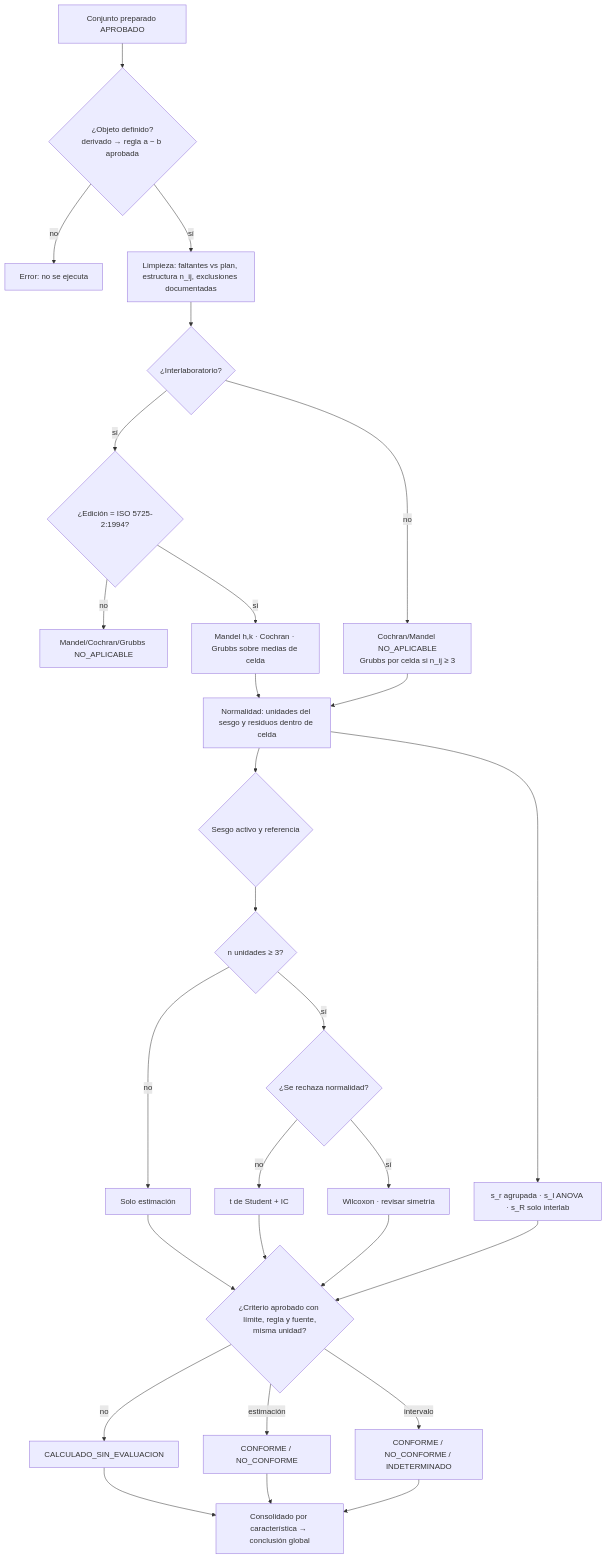
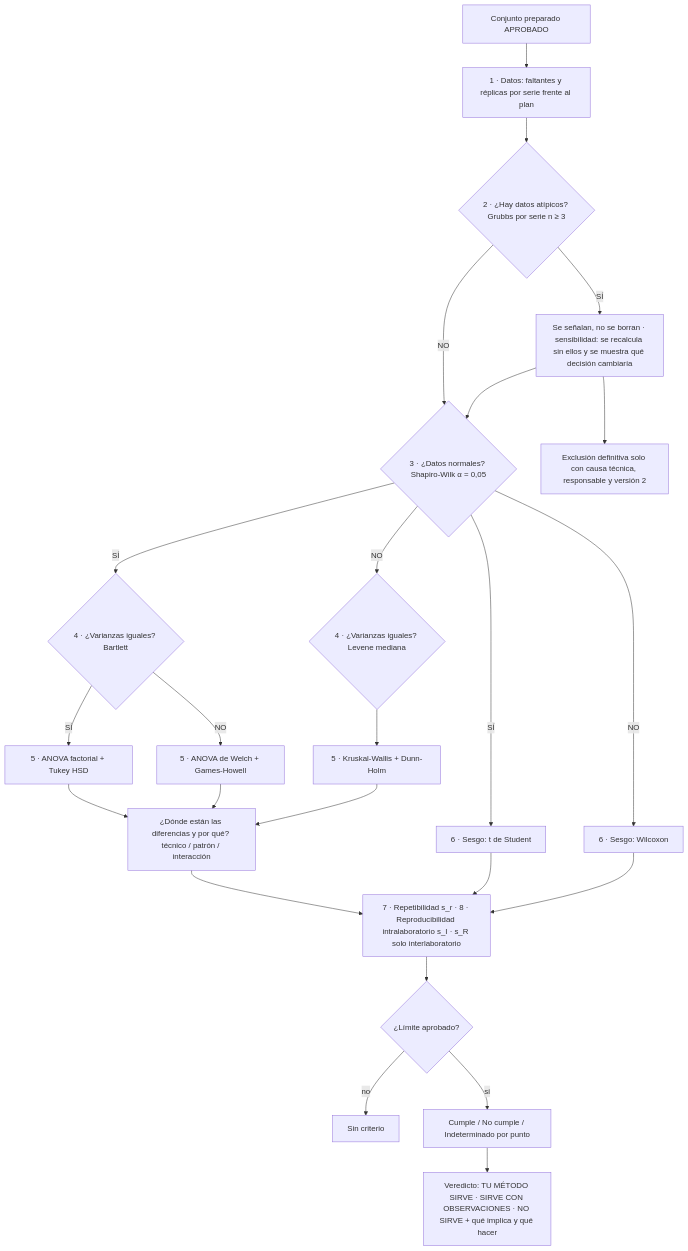
One commit to JDAC-1023/analitica-verificacion-metodos changed the diagram in docs/12_motor_reglas_y_arbol.md. Above: the diagram before and after it, drawn with Mermaid. The commit also changed other lines of this file and 24 other files, not shown here.

First line of the commit message:
Flujo de decisión condicional (atípicos, normalidad, homocedasticidad, ruta de prueba), post hoc, sensibilidad, reproducibilidad intralaboratorio y veredicto

````diff
--- a/docs/12_motor_reglas_y_arbol.md
+++ b/docs/12_motor_reglas_y_arbol.md
@@ -5,25 +5,22 @@
 ```mermaid
 flowchart TD
-  A[Conjunto preparado APROBADO] --> B{¿Objeto definido?<br/>derivado → regla a − b aprobada}
-  B -- no --> X[Error: no se ejecuta]
-  B -- sí --> C[Limpieza: faltantes vs plan, estructura n_ij, exclusiones documentadas]
-  C --> D{¿Interlaboratorio?}
-  D -- sí --> E{¿Edición = ISO 5725-2:1994?}
-  E -- no --> E0[Mandel/Cochran/Grubbs NO_APLICABLE]
-  E -- sí --> F[Mandel h,k · Cochran · Grubbs sobre medias de celda]
-  D -- no --> G[Cochran/Mandel NO_APLICABLE<br/>Grubbs por celda si n_ij ≥ 3]
-  F --> H[Normalidad: unidades del sesgo y residuos dentro de celda]
-  G --> H
-  H --> I{Sesgo activo y referencia}
-  I --> I1{n unidades ≥ 3?}
-  I1 -- no --> I2[Solo estimación]
-  I1 -- sí --> I3{¿Se rechaza normalidad?}
-  I3 -- no --> I4[t de Student + IC]
-  I3 -- sí --> I5[Wilcoxon · revisar simetría]
-  H --> J[s_r agrupada · s_I ANOVA · s_R solo interlab]
-  I2 & I4 & I5 & J --> K{¿Criterio aprobado con límite, regla y fuente,<br/>misma unidad?}
-  K -- no --> K0[CALCULADO_SIN_EVALUACION]
-  K -- estimación --> K1[CONFORME / NO_CONFORME]
-  K -- intervalo --> K2[CONFORME / NO_CONFORME / INDETERMINADO]
-  K0 & K1 & K2 --> L[Consolidado por característica → conclusión global]
+  A[Conjunto preparado APROBADO] --> B[1 · Datos: faltantes y réplicas por serie frente al plan]
+  B --> C{2 · ¿Hay datos atípicos? Grubbs por serie n ≥ 3}
+  C -- NO --> D
+  C -- SÍ --> C1[Se señalan, no se borran · sensibilidad: se recalcula sin ellos y se muestra qué decisión cambiaría]
+  C1 --> C2[Exclusión definitiva solo con causa técnica, responsable y versión 2]
+  C1 --> D{3 · ¿Datos normales? Shapiro-Wilk α = 0,05}
+  D -- SÍ --> E{4 · ¿Varianzas iguales? Bartlett}
+  D -- NO --> E2{4 · ¿Varianzas iguales? Levene mediana}
+  E -- SÍ --> F1[5 · ANOVA factorial + Tukey HSD]
+  E -- NO --> F2[5 · ANOVA de Welch + Games-Howell]
+  E2 --> F3[5 · Kruskal-Wallis + Dunn-Holm]
+  F1 & F2 & F3 --> G[¿Dónde están las diferencias y por qué? técnico / patrón / interacción]
+  D -- SÍ --> S1[6 · Sesgo: t de Student]
+  D -- NO --> S2[6 · Sesgo: Wilcoxon]
+  G & S1 & S2 --> H[7 · Repetibilidad s_r · 8 · Reproducibilidad intralaboratorio s_I · s_R solo interlaboratorio]
+  H --> K{¿Límite aprobado?}
+  K -- no --> K0[Sin criterio]
+  K -- sí --> K1[Cumple / No cumple / Indeterminado por punto]
+  K1 --> V[Veredicto: TU MÉTODO SIRVE · SIRVE CON OBSERVACIONES · NO SIRVE + qué implica y qué hacer]
 ```
````
